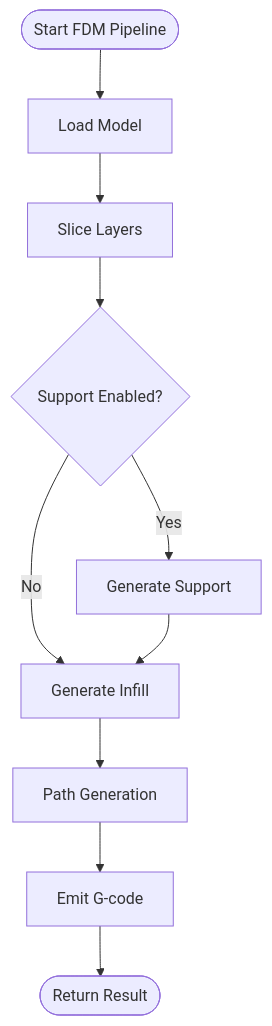
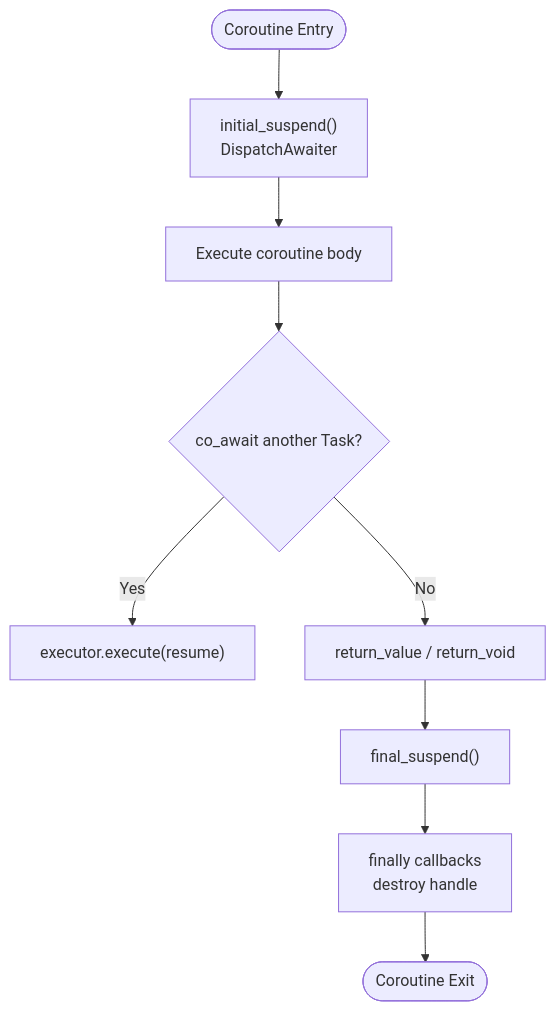
Before and after one commit to hsmbanlance/HsBaSlicer: the fourth of 10 diagrams in .qoder/repowiki/en/content/Advanced Features/Advanced Features.md, drawn with Mermaid. The commit also changed other lines of this file and 1095 other files, not shown here.

````diff
--- a/.qoder/repowiki/en/content/Advanced Features/Advanced Features.md
+++ b/.qoder/repowiki/en/content/Advanced Features/Advanced Features.md
@@ -380,12 +222,11 @@
 ```mermaid
 flowchart TD
-Start(["Start FDM Pipeline"]) --> Load["Load Model"]
-Load --> Slice["Slice Layers"]
-Slice --> Support{"Support Enabled?"}
-Support --> |Yes| GenSupport["Generate Support"]
-Support --> |No| Fill["Generate Infill"]
-GenSupport --> Fill
-Fill --> PathGen["Path Generation"]
-PathGen --> GCode["Emit G-code"]
-GCode --> End(["Return Result"])
+Start(["Coroutine Entry"]) --> InitialSuspend["initial_suspend()<br/>DispatchAwaiter"]
+InitialSuspend --> RunBody["Execute coroutine body"]
+RunBody --> AwaitTask{"co_await another Task?"}
+AwaitTask --> |Yes| SuspendAndResume["executor.execute(resume)"]
+AwaitTask --> |No| ReturnResult["return_value / return_void"]
+ReturnResult --> FinalSuspend["final_suspend()"]
+FinalSuspend --> Cleanup["finally callbacks<br/>destroy handle"]
+Cleanup --> End(["Coroutine Exit"])
 ```
````
